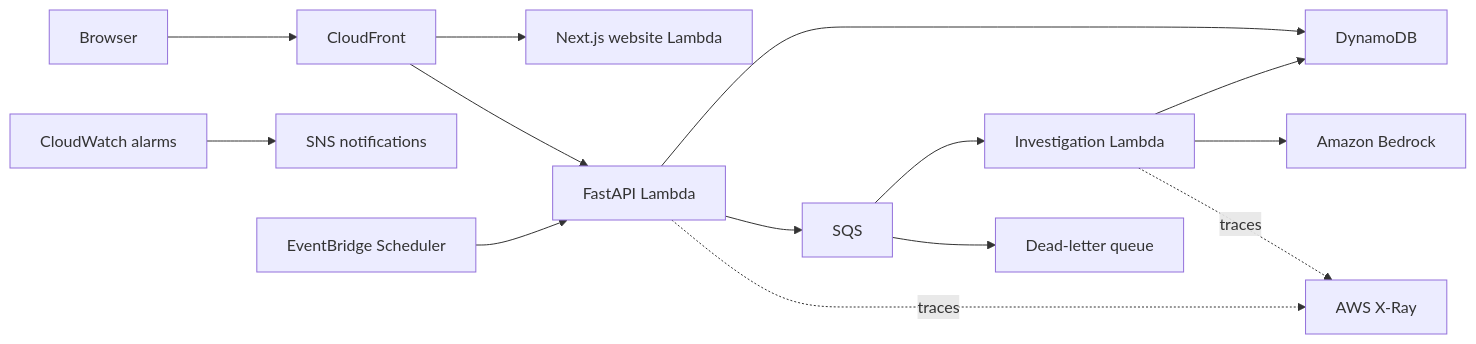
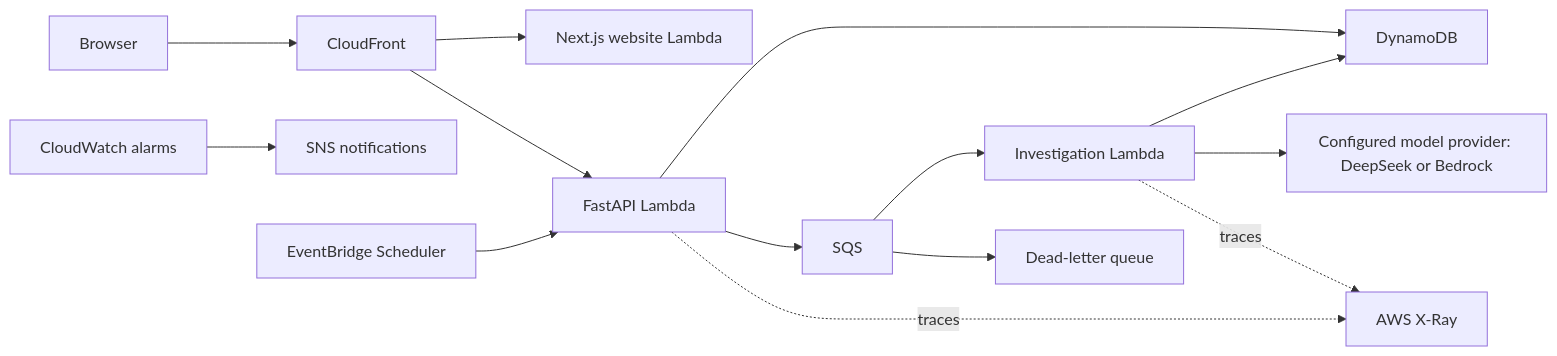
One commit to HanifCarroll/Switchboard changed the diagram in docs/architecture.md. Above: the diagram before and after it, drawn with Mermaid. The commit also changed other lines of this file and 11 other files, not shown here.

````diff
--- a/docs/architecture.md
+++ b/docs/architecture.md
@@ -7,16 +7,16 @@
 ```mermaid
 flowchart LR
     Browser --> CloudFront
     CloudFront --> Website[Next.js website Lambda]
     CloudFront --> API[FastAPI Lambda]
     API --> DynamoDB
     API --> SQS
     SQS --> Worker[Investigation Lambda]
     Worker --> DynamoDB
-    Worker --> Bedrock[Amazon Bedrock]
+    Worker --> Model[Configured model provider: DeepSeek or Bedrock]
     API -. traces .-> XRay[AWS X-Ray]
     Worker -. traces .-> XRay
     CloudWatch[CloudWatch alarms] --> SNS[SNS notifications]
     SQS --> DLQ[Dead-letter queue]
     Scheduler[EventBridge Scheduler] --> API
 ```
````
